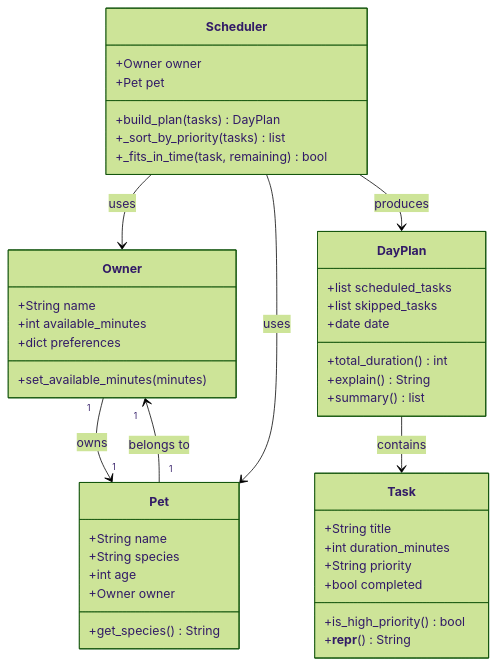
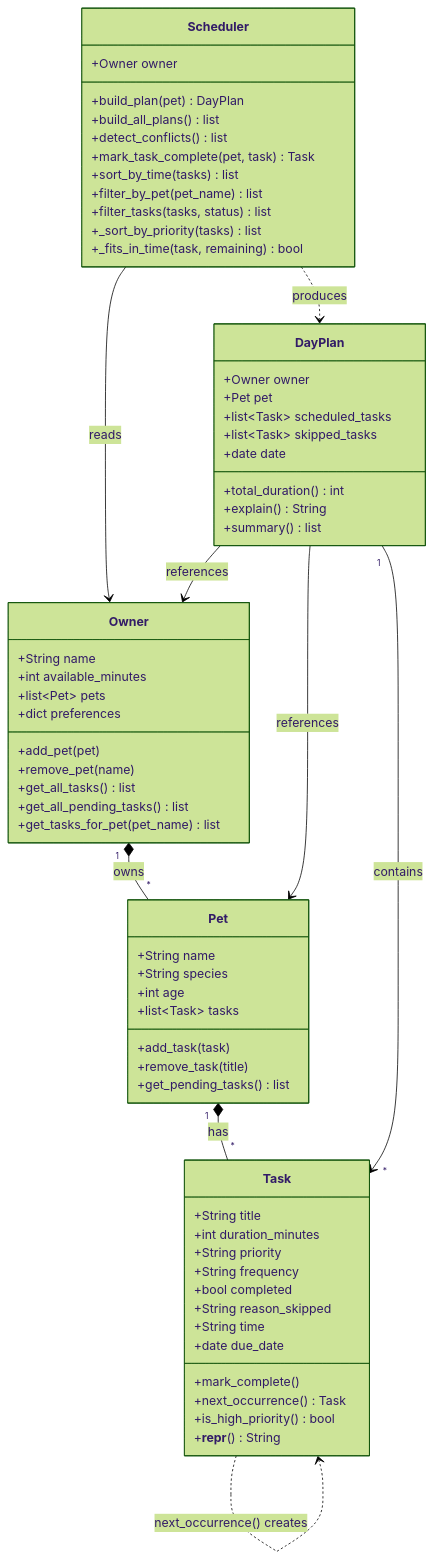
The diagram in reflection.md (iamarunavo/ai110-module2show-pawpal-starter), drawn with Mermaid (forest theme) before and after one commit. The commit also changed other lines of this file and 4 other files, not shown here.

Commit message:
docs: complete reflection, finalize UML, and add demo assets

````diff
--- a/reflection.md
+++ b/reflection.md
@@ -17,50 +17,72 @@
 ```mermaid
 classDiagram
-    class Owner {
-        +String name
-        +int available_minutes
-        +dict preferences
-        +set_available_minutes(minutes)
+    class Task {
+        +String title
+        +int duration_minutes
+        +String priority
+        +String frequency
+        +bool completed
+        +String reason_skipped
+        +String time
+        +date due_date
+        +mark_complete()
+        +next_occurrence() Task
+        +is_high_priority() bool
+        +__repr__() String
     }
 
     class Pet {
         +String name
         +String species
         +int age
-        +Owner owner
-        +get_species() String
+        +list~Task~ tasks
+        +add_task(task)
+        +remove_task(title)
+        +get_pending_tasks() list
     }
 
-    class Task {
-        +String title
-        +int duration_minutes
-        +String priority
-        +bool completed
-        +is_high_priority() bool
-        +__repr__() String
+    class Owner {
+        +String name
+        +int available_minutes
+        +list~Pet~ pets
+        +dict preferences
+        +add_pet(pet)
+        +remove_pet(name)
+        +get_all_tasks() list
+        +get_all_pending_tasks() list
+        +get_tasks_for_pet(pet_name) list
     }
 
     class DayPlan {
-        +list scheduled_tasks
-        +list skipped_tasks
+        +Owner owner
+        +Pet pet
+        +list~Task~ scheduled_tasks
+        +list~Task~ skipped_tasks
         +date date
         +total_duration() int
         +explain() String
         +summary() list
     }
 
     class Scheduler {
         +Owner owner
-        +Pet pet
-        +build_plan(tasks) DayPlan
+        +build_plan(pet) DayPlan
+        +build_all_plans() list
+        +detect_conflicts() list
+        +mark_task_complete(pet, task) Task
+        +sort_by_time(tasks) list
+        +filter_by_pet(pet_name) list
+        +filter_tasks(tasks, status) list
         +_sort_by_priority(tasks) list
         +_fits_in_time(task, remaining) bool
     }
 
-    Owner "1" --> "1" Pet : owns
-    Pet "1" --> "1" Owner : belongs to
-    Scheduler --> Owner : uses
-    Scheduler --> Pet : uses
-    Scheduler --> DayPlan : produces
-    DayPlan --> Task : contains
+    Owner "1" *-- "*" Pet : owns
+    Pet "1" *-- "*" Task : has
+    Scheduler --> Owner : reads
+    Scheduler ..> DayPlan : produces
+    DayPlan --> Owner : references
+    DayPlan --> Pet : references
+    DayPlan "1" --> "*" Task : contains
+    Task ..> Task : next_occurrence() creates
 ```
````
